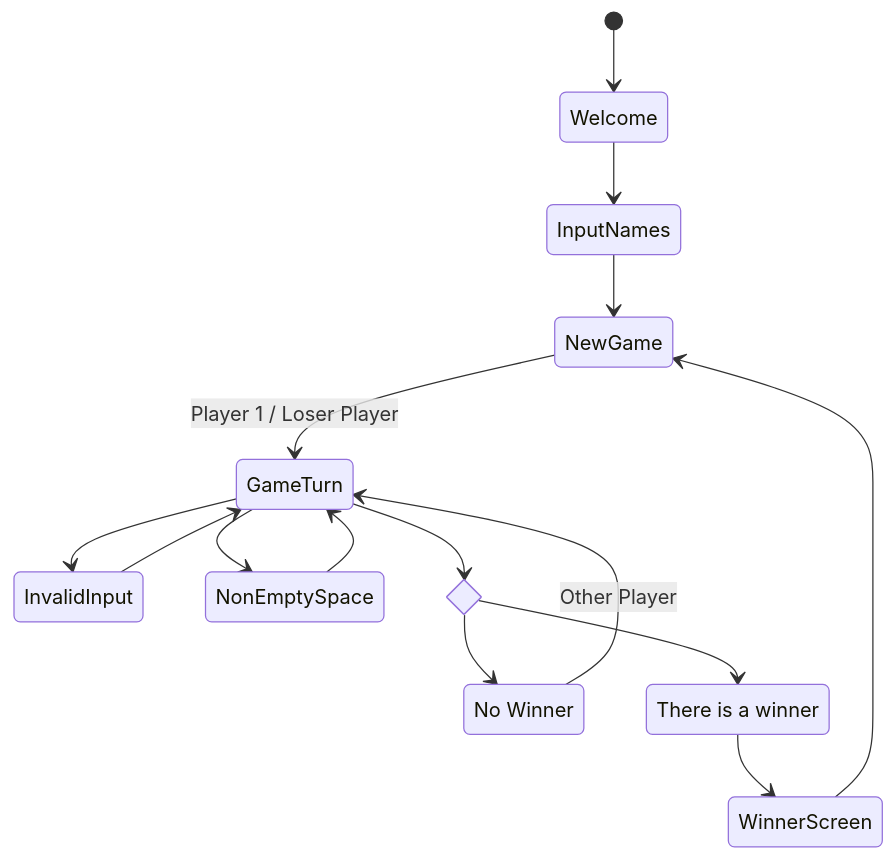
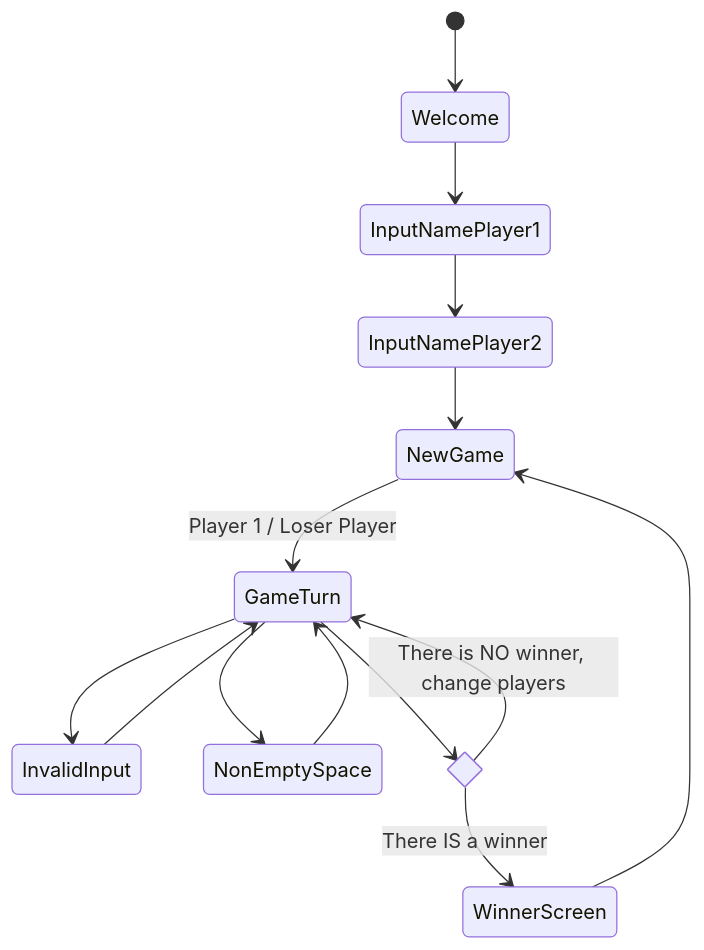
Before and after one commit to Thiago-Morais/Curso-Unifel-Games-Trabalho-02: the diagram in README.md, drawn with Mermaid. The commit also changed 4 other files, not shown here.

Commit message:
feat: Add name input

````diff
--- a/README.md
+++ b/README.md
@@ -11,28 +11,26 @@
 ```mermaid
 stateDiagram-v2
     Welcome
-    InputNames
+    InputNamePlayer1
+    InputNamePlayer2
     NewGame
     GameTurn
     InvalidInput
     WinnerScreen
     NonEmptySpace
     state is_there_a_winner <<choice>>
-    is_there_a_winner_no: No Winner
-    is_there_a_winner_yes: There is a winner
 
     [*] --> Welcome
-    Welcome --> InputNames
-    InputNames --> NewGame
+    Welcome --> InputNamePlayer1
+    InputNamePlayer1 --> InputNamePlayer2
+    InputNamePlayer2 --> NewGame
     NewGame --> GameTurn: Player 1 / Loser Player
     GameTurn --> InvalidInput
     InvalidInput --> GameTurn
     GameTurn --> NonEmptySpace
     NonEmptySpace --> GameTurn
     GameTurn --> is_there_a_winner
-    is_there_a_winner --> is_there_a_winner_no
-    is_there_a_winner --> is_there_a_winner_yes
-    is_there_a_winner_no --> GameTurn: Other Player
-    is_there_a_winner_yes --> WinnerScreen
+    is_there_a_winner --> GameTurn : There is NO winner, change players
+    is_there_a_winner --> WinnerScreen : There IS a winner
     WinnerScreen --> NewGame
 ```
````
